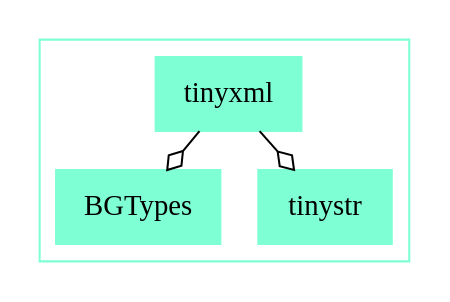
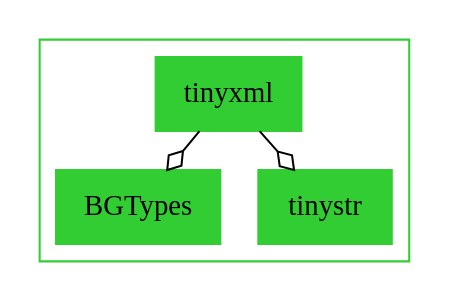
One commit to UWB-Biocomputing/BrainGrid changed the diagram in Tools/DiagramGenerator/ExampleOutputs/dot_subsystems/subsystemF.dot. Above: the diagram before and after it, drawn with Graphviz. The commit also changed 9 other files, not shown here.

```diff
--- a/Tools/DiagramGenerator/ExampleOutputs/dot_subsystems/subsystemF.dot
+++ b/Tools/DiagramGenerator/ExampleOutputs/dot_subsystems/subsystemF.dot
@@ -1,30 +1,30 @@
 digraph{
 
 	subgraph clusterF {
-		node [shape = record];
+		color = limegreen
+		node [shape = record, color = limegreen];
 
-		color = aquamarine
-		BGTypes[label = BGTypes, style = filled, color = aquamarine];
-		tinystr[label = tinystr, style = filled, color = aquamarine];
-		tinyxml[label = tinyxml, style = filled, color = aquamarine];
+		BGTypes[label = BGTypes, style = filled];
+		tinystr[label = tinystr, style = filled];
+		tinyxml[label = tinyxml, style = filled];
 
 
 		//------LAYOUT FOR SUBGRAPH------
 
 
 		rankdir = BT; // Rank Direction Bottom to Top
 		nodesep = 0.98; // Node Separation
 		ranksep = 0.98; // Rank Separation
 
 
 		//INHERITANCE//
 
 
 
 		//COMPOSITION//
 
 
 		tinyxml -> BGTypes [arrowhead=ediamond];
 		tinyxml -> tinystr [arrowhead=ediamond];
 	}//end subgraph F
 }//end digraph
```
